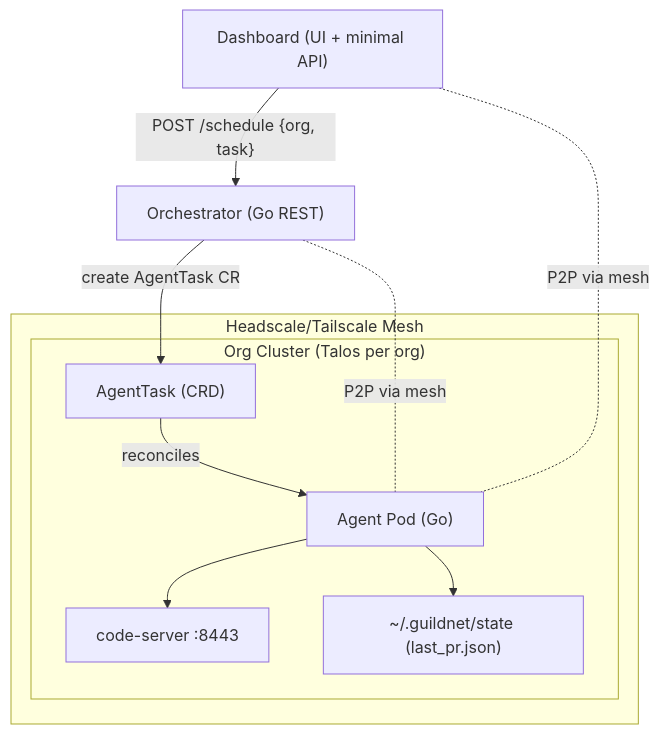
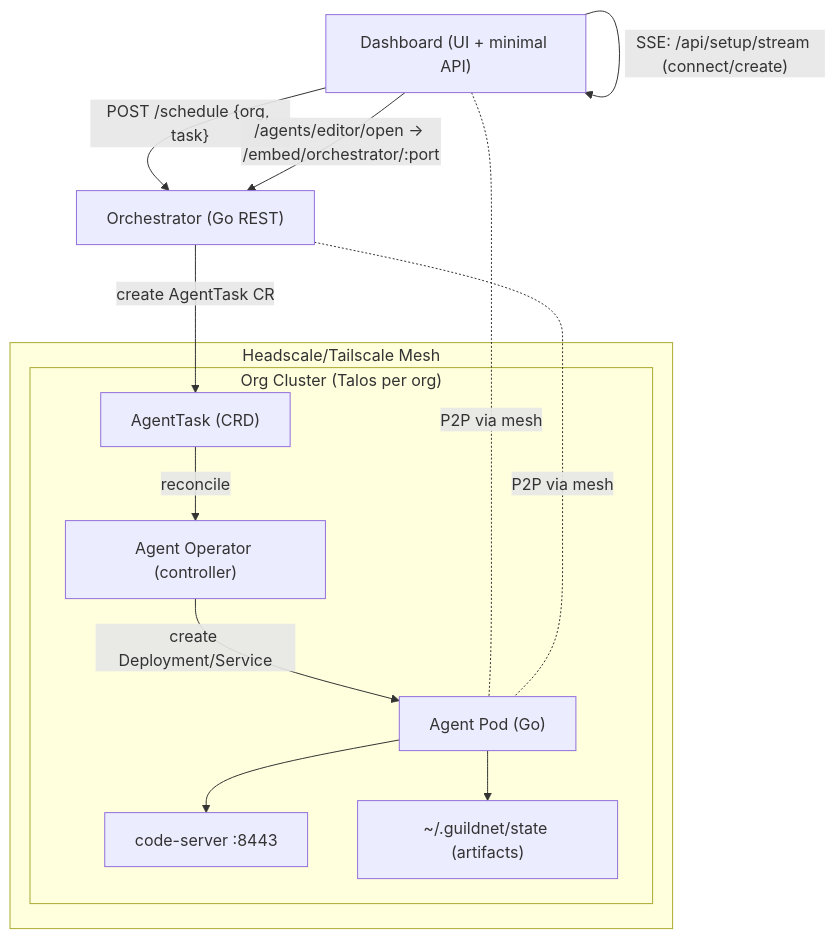
One commit to HexaField/decentralized-agent-coding-framework changed the first of 4 diagrams in architecture.md. Above: the diagram before and after it, drawn with Mermaid. The commit also changed other lines of this file and 1 other file, not shown here.

Commit message:
feat: update architecture overview and remove outdated plan document

````diff
--- a/architecture.md
+++ b/architecture.md
@@ -28,24 +33,30 @@
 ```mermaid
 graph TD
   D["Dashboard (UI + minimal API)"]
   O["Orchestrator (Go REST)"]
 
   subgraph Mesh["Headscale/Tailscale Mesh"]
     subgraph OrgCluster["Org Cluster (Talos per org)"]
+      OP["Agent Operator (controller)"]
+      AT["AgentTask (CRD)"]
       A["Agent Pod (Go)"]
       CS["code-server :8443"]
-      ST["~/.guildnet/state (last_pr.json)"]
+      ST["~/.guildnet/state (artifacts)"]
       A --> CS
       A --> ST
-      AT["AgentTask (CRD)"]
+      AT -->|reconcile| OP
+      OP -->|create Deployment/Service| A
     end
   end
 
+  D -->|"SSE: /api/setup/stream (connect/create)"| D
   D -->|"POST /schedule {org, task}"| O
   O -->|"create AgentTask CR"| AT
-  AT -->|"reconciles"| A
 
   %% Mesh-secured connectivity for interactive/editor access
   D -. P2P via mesh .- A
   O -. P2P via mesh .- A
+
+  %% Editor embedding via orchestrator port-forward reverse-proxy
+  D -->|"/agents/editor/open -> /embed/orchestrator/:port"| O
 ```
````
